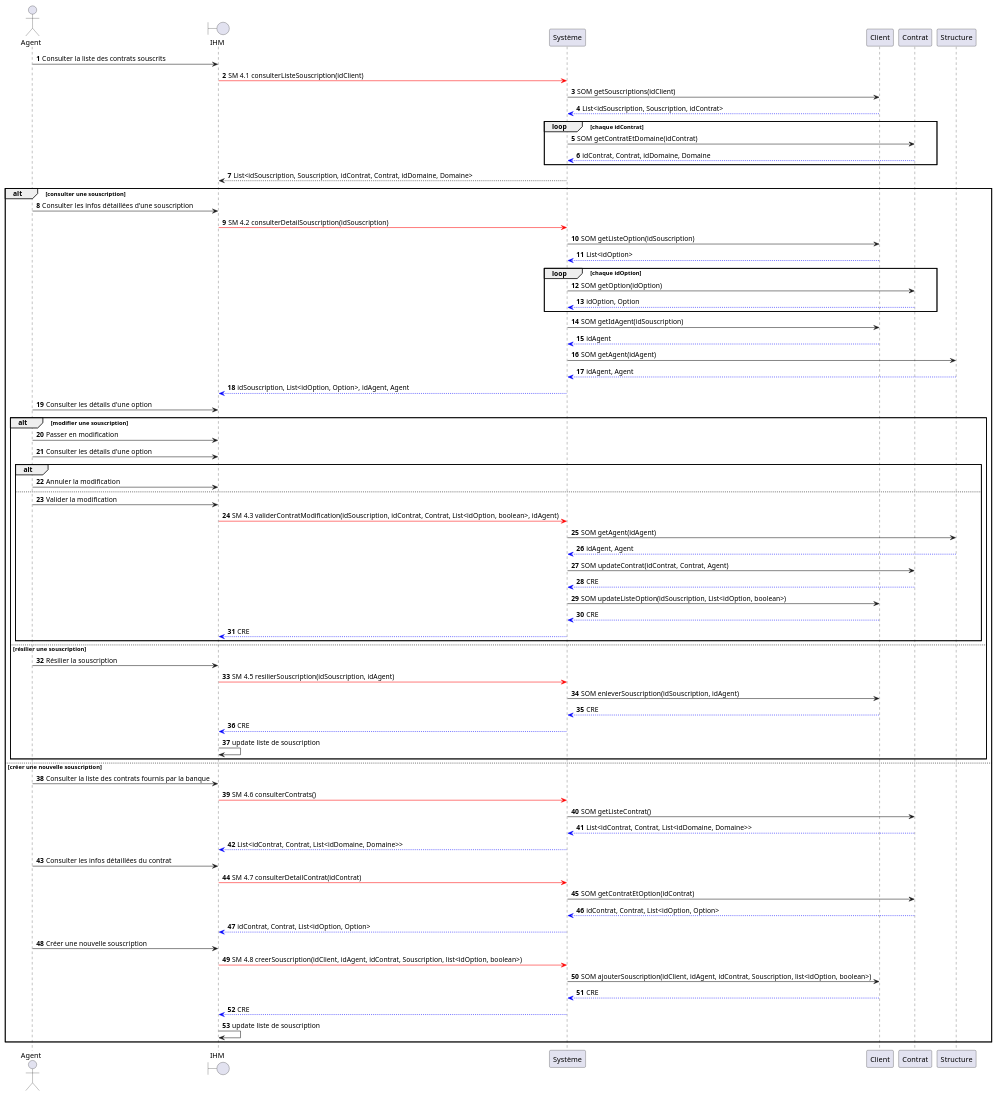
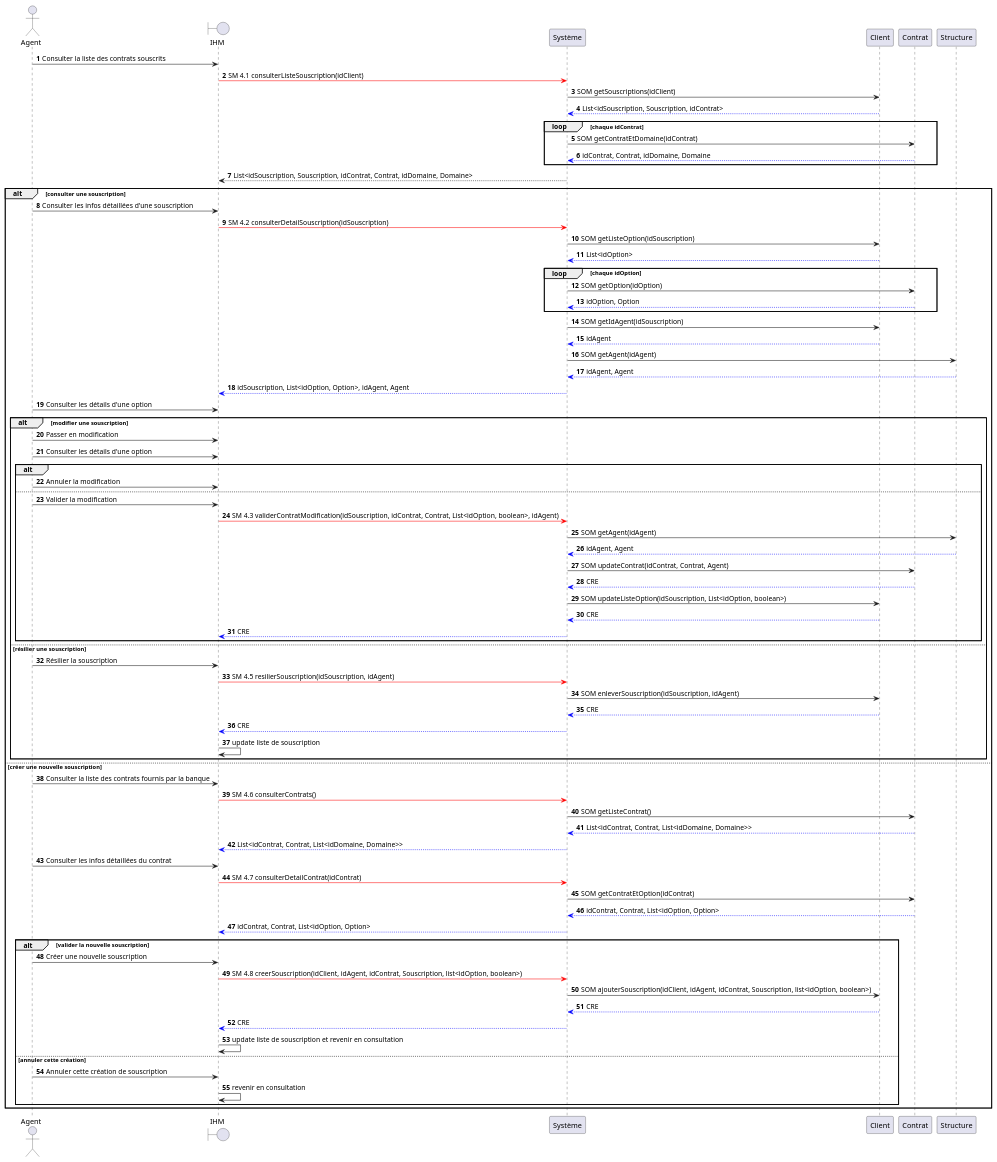
The diagram in src/documentation/CU4_DSD.puml (HZjiadong/PLD-MARS), drawn with PlantUML before and after one commit. The commit also changed 1 other file, not shown here.

Commit message:
fix(CU4): add cancellation of nouvelle souscription

```diff
--- a/src/documentation/CU4_DSD.puml
+++ b/src/documentation/CU4_DSD.puml
@@ -1,93 +1,98 @@
 @startuml
 actor Agent
 boundary IHM
 participant Système
 participant Client
 participant Contrat
 participant Structure
 autonumber
 Agent -> IHM : Consulter la liste des contrats souscrits
 IHM -[#red]> Système : SM 4.1 consulterListeSouscription(idClient)
 Système -> Client : SOM getSouscriptions(idClient)
 Client -[#0000FF]-> Système : List<idSouscription, Souscription, idContrat>
 loop chaque idContrat
     Système -> Contrat : SOM getContratEtDomaine(idContrat)
     Contrat -[#0000FF]-> Système : idContrat, Contrat, idDomaine, Domaine
 end
 Système --> IHM : List<idSouscription, Souscription, idContrat, Contrat, idDomaine, Domaine>
 
 alt consulter une souscription
     Agent -> IHM : Consulter les infos détaillées d'une souscription
     IHM -[#red]> Système : SM 4.2 consulterDetailSouscription(idSouscription)
     Système -> Client : SOM getListeOption(idSouscription)
     Client -[#0000FF]-> Système : List<idOption>
 
 
     loop chaque idOption
         Système -> Contrat : SOM getOption(idOption)
         Contrat -[#0000FF]-> Système :idOption, Option
     end
 
     Système -> Client : SOM getIdAgent(idSouscription)
     Client -[#0000FF]-> Système : idAgent
     Système -> Structure : SOM getAgent(idAgent)
     Structure -[#0000FF]-> Système : idAgent, Agent
 
     Système -[#0000FF]-> IHM : idSouscription, List<idOption, Option>, idAgent, Agent
 
     Agent -> IHM : Consulter les détails d'une option
 
     alt modifier une souscription
     Agent -> IHM : Passer en modification
     Agent -> IHM : Consulter les détails d'une option
     alt
         Agent -> IHM : Annuler la modification
         else
         Agent -> IHM : Valider la modification
         IHM -[#red]> Système : SM 4.3 validerContratModification(idSouscription, idContrat, Contrat, List<idOption, boolean>, idAgent)
 
         Système -> Structure : SOM getAgent(idAgent)
         Structure -[#0000FF]-> Système : idAgent, Agent
 
         Système -> Contrat : SOM updateContrat(idContrat, Contrat, Agent)
         Contrat -[#0000FF]-> Système : CRE
 
         Système -> Client : SOM updateListeOption(idSouscription, List<idOption, boolean>)
         Client -[#0000FF]-> Système : CRE
         Système -[#0000FF]-> IHM : CRE
     end
     else résilier une souscription
     Agent -> IHM : Résilier la souscription
     IHM -[#red]> Système : SM 4.5 resilierSouscription(idSouscription, idAgent)
 
 
     Système -> Client : SOM enleverSouscription(idSouscription, idAgent)
     Client -[#0000FF]-> Système : CRE
     Système -[#0000FF]-> IHM : CRE
     IHM -> IHM : update liste de souscription
     end
 else créer une nouvelle souscription
     Agent -> IHM : Consulter la liste des contrats fournis par la banque
     IHM -[#red]> Système : SM 4.6 consulterContrats()
     Système -> Contrat : SOM getListeContrat()
     Contrat -[#0000FF]-> Système : List<idContrat, Contrat, List<idDomaine, Domaine>>
     Système -[#0000FF]-> IHM : List<idContrat, Contrat, List<idDomaine, Domaine>>
 
     Agent -> IHM : Consulter les infos détaillées du contrat
     IHM -[#red]> Système : SM 4.7 consulterDetailContrat(idContrat)
     Système -> Contrat : SOM getContratEtOption(idContrat)
     Contrat -[#0000FF]-> Système : idContrat, Contrat, List<idOption, Option>
     Système -[#0000FF]-> IHM : idContrat, Contrat, List<idOption, Option>
 
-    Agent -> IHM : Créer une nouvelle souscription
-    IHM -[#red]> Système : SM 4.8 creerSouscription(idClient, idAgent, idContrat, Souscription, list<idOption, boolean>)
-    Système -> Client : SOM ajouterSouscription(idClient, idAgent, idContrat, Souscription, list<idOption, boolean>)
-    Client -[#0000FF]-> Système : CRE
-    Système -[#0000FF]-> IHM : CRE
-    IHM -> IHM : update liste de souscription
+        alt valider la nouvelle souscription
+        Agent -> IHM : Créer une nouvelle souscription
+        IHM -[#red]> Système : SM 4.8 creerSouscription(idClient, idAgent, idContrat, Souscription, list<idOption, boolean>)
+        Système -> Client : SOM ajouterSouscription(idClient, idAgent, idContrat, Souscription, list<idOption, boolean>)
+        Client -[#0000FF]-> Système : CRE
+        Système -[#0000FF]-> IHM : CRE
+        IHM -> IHM : update liste de souscription et revenir en consultation
+        else annuler cette création
+        Agent -> IHM : Annuler cette création de souscription
+        IHM -> IHM : revenir en consultation
+        end
 end
 
 
 
 
 @enduml
```
